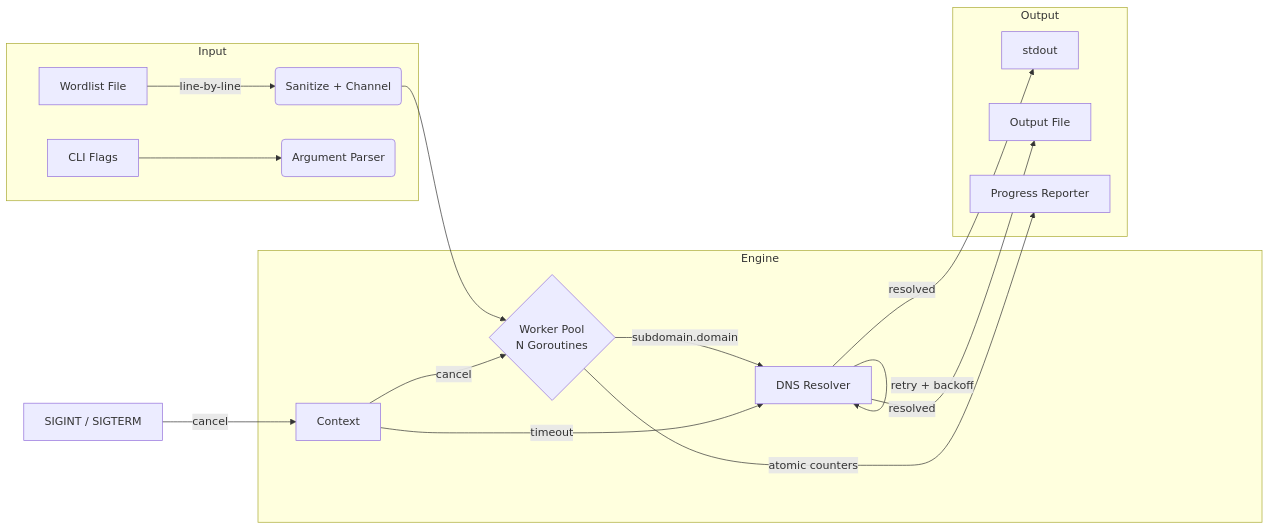
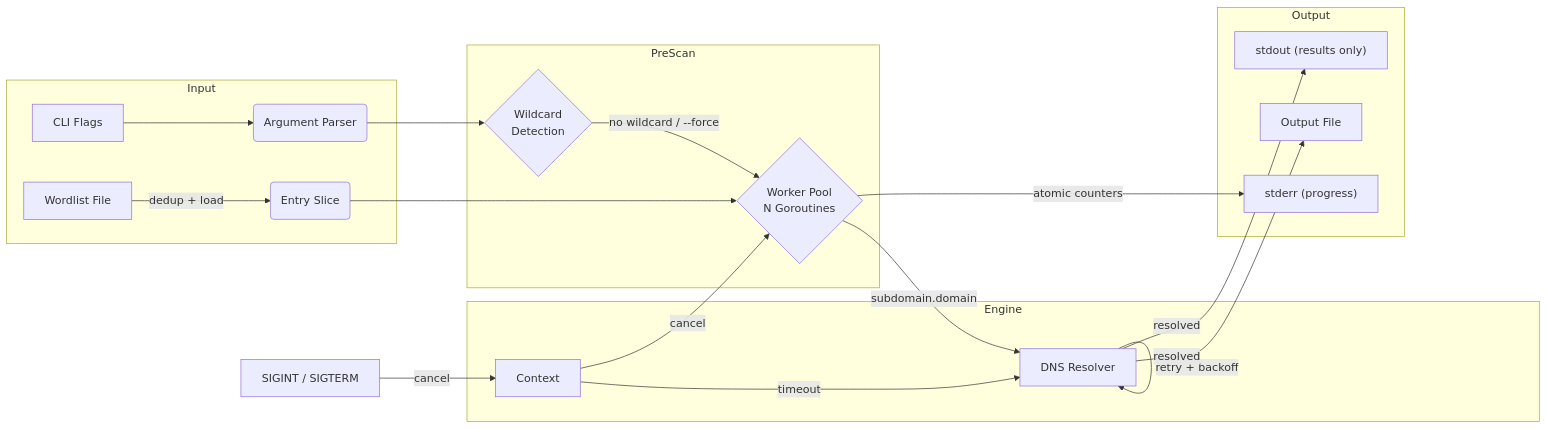
Before and after one commit to TMHSDigital/subenum: the diagram in README.md, drawn with Mermaid. The commit also changed other lines of this file and 12 other files, not shown here.

````diff
--- a/README.md
+++ b/README.md
@@ -47,23 +49,28 @@
 ```mermaid
 flowchart LR
     subgraph Input
-        A[Wordlist File] -->|line-by-line| B(Sanitize + Channel)
+        A[Wordlist File] -->|"dedup + load"| B(Entry Slice)
         C[CLI Flags] --> D(Argument Parser)
+    end
+
+    subgraph PreScan
+        D --> W{Wildcard\nDetection}
+        W -->|"no wildcard / --force"| E
     end
 
     subgraph Engine
         B --> E{Worker Pool\nN Goroutines}
         E -->|subdomain.domain| F[DNS Resolver]
         F -->|retry + backoff| F
         G[Context] -->|cancel| E
         G -->|timeout| F
     end
 
-    subgraph Output
-        F -->|resolved| H[stdout]
+    subgraph OutputLayer ["Output"]
+        F -->|resolved| H["stdout (results only)"]
         F -->|resolved| I[Output File]
-        E -->|atomic counters| J[Progress Reporter]
+        E -->|atomic counters| J["stderr (progress)"]
     end
 
     K[SIGINT / SIGTERM] -->|cancel| G
 ```
````
